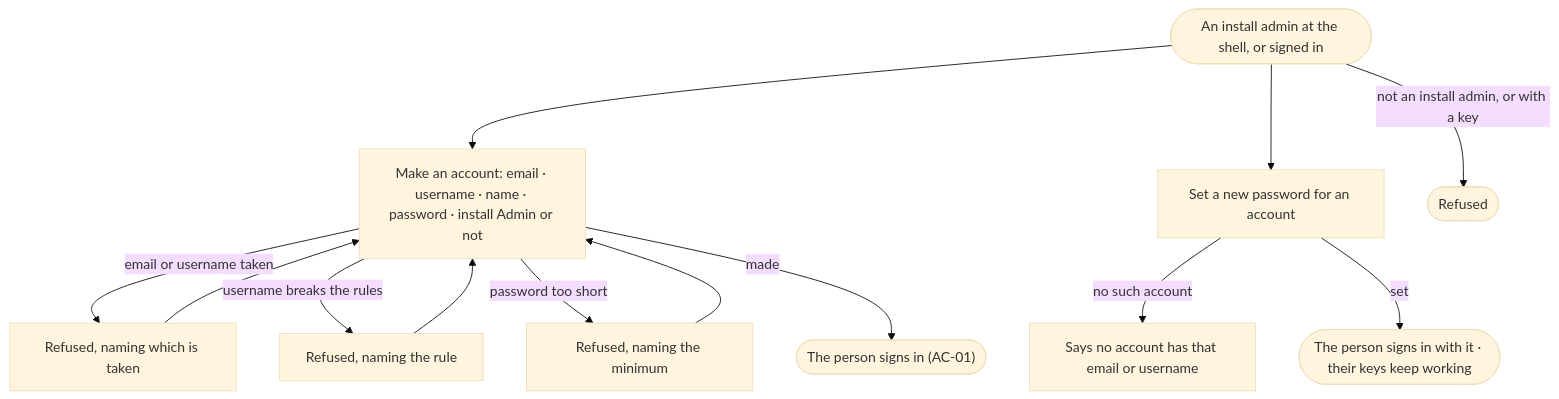
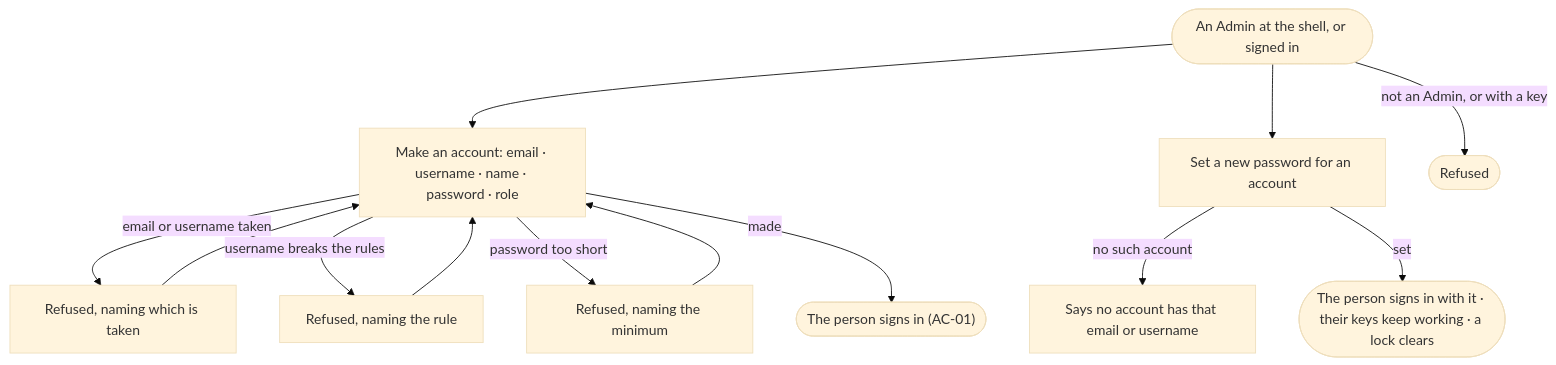
Before and after one commit to invana/invana: the diagram in specs/os/access/features/AC-F01-sign-in-account-and-sessions/stories/AC-18-give-a-person-an-account/story.md, drawn with Mermaid (base theme). The commit also changed other lines of this file and 522 other files, not shown here.

````diff
--- a/specs/os/access/features/AC-F01-sign-in-account-and-sessions/stories/AC-18-give-a-person-an-account/story.md
+++ b/specs/os/access/features/AC-F01-sign-in-account-and-sessions/stories/AC-18-give-a-person-an-account/story.md
@@ -26,12 +26,12 @@
 ```mermaid
 flowchart TD
-  a([An install admin at the shell, or signed in]) --> c["Make an account: email · username · name · password · install Admin or not"]
+  a([An Admin at the shell, or signed in]) --> c["Make an account: email · username · name · password · role"]
   c -->|email or username taken| t["Refused, naming which is taken"] --> c
   c -->|username breaks the rules| u["Refused, naming the rule"] --> c
   c -->|password too short| pw["Refused, naming the minimum"] --> c
   c -->|made| ok(["The person signs in (AC-01)"])
   a --> r["Set a new password for an account"]
   r -->|no such account| nf["Says no account has that email or username"]
-  r -->|set| rs(["The person signs in with it · their keys keep working"])
-  a -->|not an install admin, or with a key| no(["Refused"])
+  r -->|set| rs(["The person signs in with it · their keys keep working · a lock clears"])
+  a -->|not an Admin, or with a key| no(["Refused"])
 ```
````
